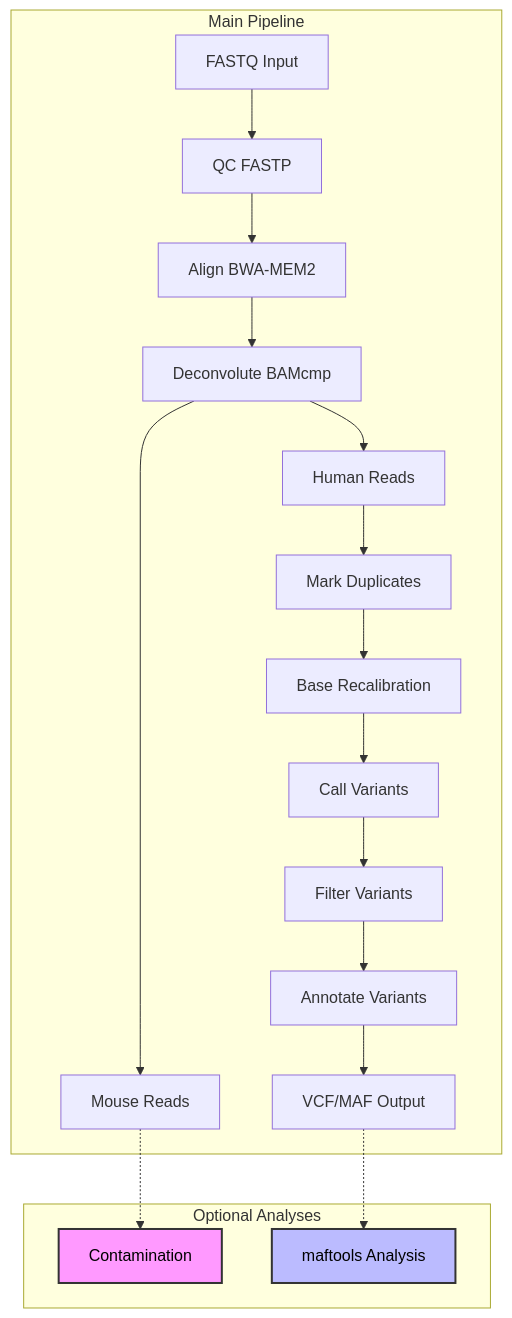
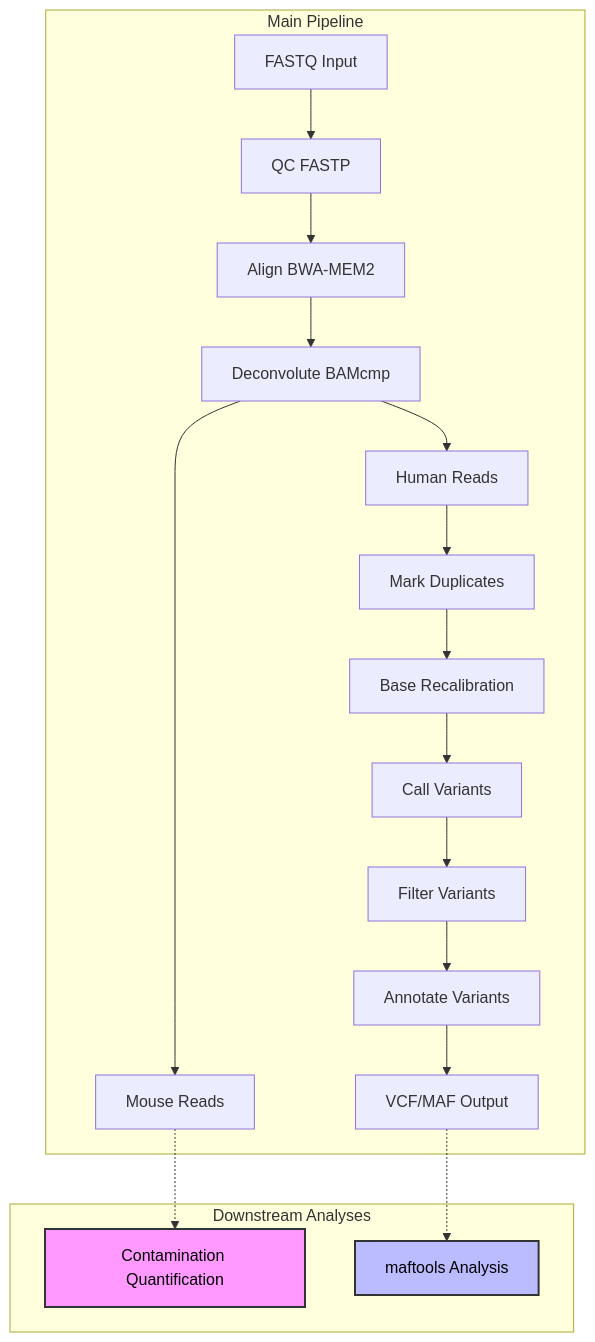
Before and after one commit to tylergross97/pdx_somatic_variant_calling: the diagram in README.md, drawn with Mermaid.

````diff
--- a/README.md
+++ b/README.md
@@ -41,26 +41,26 @@
 ```mermaid
 graph TD
     subgraph "Main Pipeline"
     A[FASTQ Input] --> B[QC FASTP]
     B --> C[Align BWA-MEM2]
     C --> D[Deconvolute BAMcmp]
     D --> E[Human Reads]
     D --> F[Mouse Reads]
     E --> G[Mark Duplicates]
     G --> H[Base Recalibration]
     H --> I[Call Variants]
     I --> J[Filter Variants]
     J --> K[Annotate Variants]
     K --> L[VCF/MAF Output]
     end
 
-    subgraph "Optional Analyses"
+    subgraph "Downstream Analyses"
     style M fill:#f9f,stroke:#333,stroke-width:2px,color:#000
     style N fill:#bbf,stroke:#333,stroke-width:2px,color:#000
-    M[Contamination]
+    M[Contamination Quantification]
     N[maftools Analysis]
     end
 
     F -.-> M
     L -.-> N
 ```
````
